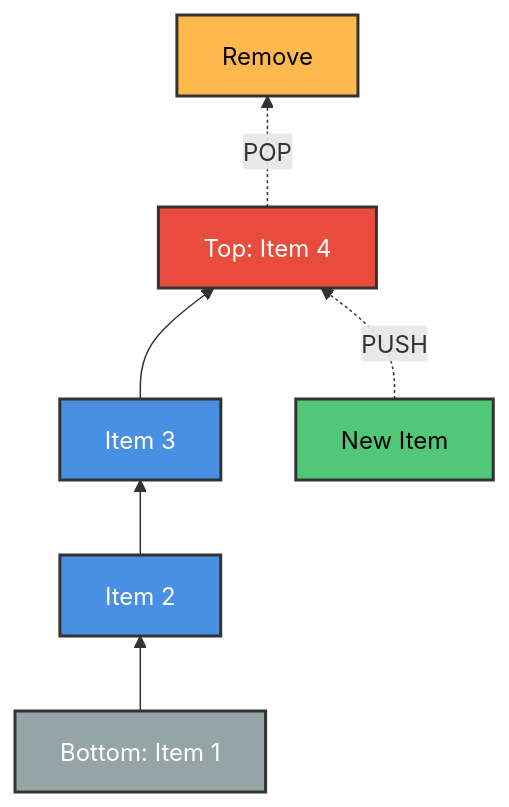
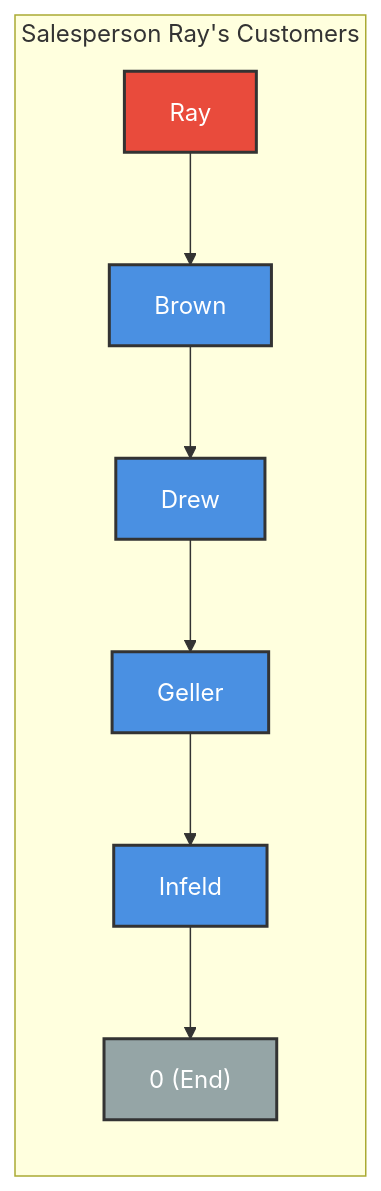
Diagram 12 of 29 in Chapter 1 - Introduction and Overview/README.md (M-F-Tushar/CSE-2101-Data-Structure), drawn with Mermaid before and after one commit. The commit also changed other lines of this file, not shown here.

````diff
--- a/Chapter 1 - Introduction and Overview/README.md
+++ b/Chapter 1 - Introduction and Overview/README.md
@@ -570,16 +366,17 @@
 ```mermaid
-graph BT
-    BOTTOM["Bottom: Item 1"] --> MID1["Item 2"]
-    MID1 --> MID2["Item 3"]
-    MID2 --> TOP["Top: Item 4"]
+graph LR
+    subgraph "Salesperson Ray's Customers"
+        R["Ray"] --> B["Brown"]
+        B --> D["Drew"]
+        D --> G["Geller"]
+        G --> I["Infeld"]
+        I --> END["0 (End)"]
+    end
     
-    NEW["New Item"] -.->|PUSH| TOP
-    TOP -.->|POP| REMOVE["Remove"]
-    
-    style BOTTOM fill:#95A5A6,stroke:#333,stroke-width:2px,color:#fff
-    style MID1 fill:#4A90E2,stroke:#333,stroke-width:2px,color:#fff
-    style MID2 fill:#4A90E2,stroke:#333,stroke-width:2px,color:#fff
-    style TOP fill:#E94B3C,stroke:#333,stroke-width:2px,color:#fff
-    style NEW fill:#50C878,stroke:#333,stroke-width:2px,color:#000
-    style REMOVE fill:#FFB84D,stroke:#333,stroke-width:2px,color:#000
+    style R fill:#E94B3C,stroke:#333,stroke-width:2px,color:#fff
+    style B fill:#4A90E2,stroke:#333,stroke-width:2px,color:#fff
+    style D fill:#4A90E2,stroke:#333,stroke-width:2px,color:#fff
+    style G fill:#4A90E2,stroke:#333,stroke-width:2px,color:#fff
+    style I fill:#4A90E2,stroke:#333,stroke-width:2px,color:#fff
+    style END fill:#95A5A6,stroke:#333,stroke-width:2px,color:#fff
 ```
````
